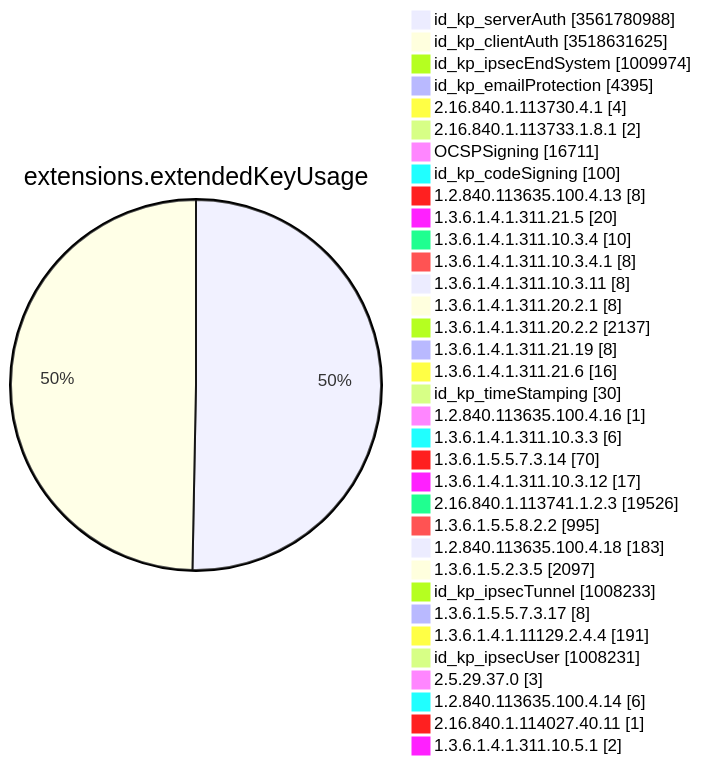
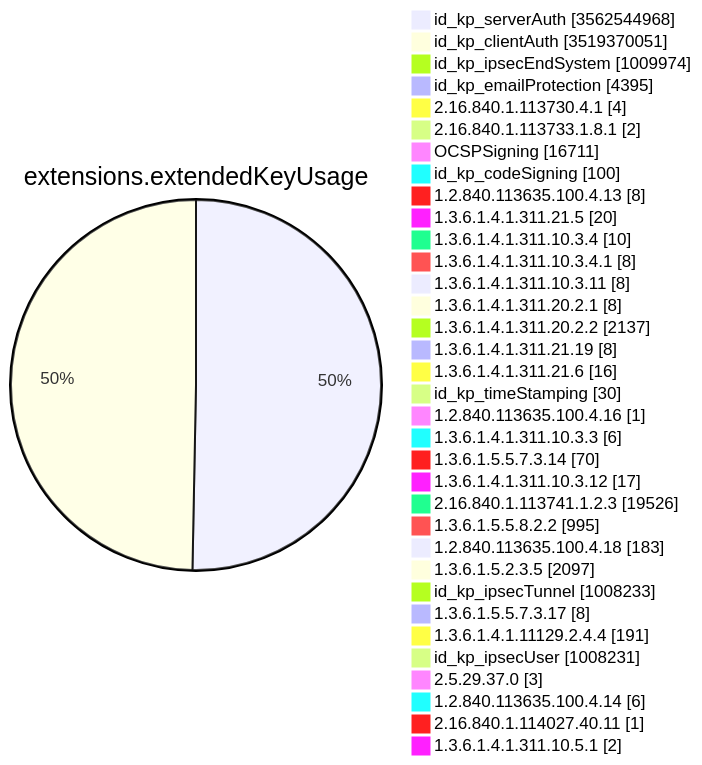
Diagram 11 of 15 in TOTAL/README.md (christiankrug/ctmonitor_visualization), drawn with Mermaid before and after one commit. The commit also changed other lines of this file, not shown here.

````diff
--- a/TOTAL/README.md
+++ b/TOTAL/README.md
@@ -4128,38 +4128,38 @@
 ```mermaid
 pie showData
 title extensions.extendedKeyUsage
-"id_kp_serverAuth" :3561780988
-"id_kp_clientAuth" :3518631625
+"id_kp_serverAuth" :3562544968
+"id_kp_clientAuth" :3519370051
 "id_kp_ipsecEndSystem" :1009974
 "id_kp_emailProtection" :4395
 "2.16.840.1.113730.4.1" :4
 "2.16.840.1.113733.1.8.1" :2
 "OCSPSigning" :16711
 "id_kp_codeSigning" :100
 "1.2.840.113635.100.4.13" :8
 "1.3.6.1.4.1.311.21.5" :20
 "1.3.6.1.4.1.311.10.3.4" :10
 "1.3.6.1.4.1.311.10.3.4.1" :8
 "1.3.6.1.4.1.311.10.3.11" :8
 "1.3.6.1.4.1.311.20.2.1" :8
 "1.3.6.1.4.1.311.20.2.2" :2137
 "1.3.6.1.4.1.311.21.19" :8
 "1.3.6.1.4.1.311.21.6" :16
 "id_kp_timeStamping" :30
 "1.2.840.113635.100.4.16" :1
 "1.3.6.1.4.1.311.10.3.3" :6
 "1.3.6.1.5.5.7.3.14" :70
 "1.3.6.1.4.1.311.10.3.12" :17
 "2.16.840.1.113741.1.2.3" :19526
 "1.3.6.1.5.5.8.2.2" :995
 "1.2.840.113635.100.4.18" :183
 "1.3.6.1.5.2.3.5" :2097
 "id_kp_ipsecTunnel" :1008233
 "1.3.6.1.5.5.7.3.17" :8
 "1.3.6.1.4.1.11129.2.4.4" :191
 "id_kp_ipsecUser" :1008231
 "2.5.29.37.0" :3
 "1.2.840.113635.100.4.14" :6
 "2.16.840.1.114027.40.11" :1
 "1.3.6.1.4.1.311.10.5.1" :2
 ```
````
